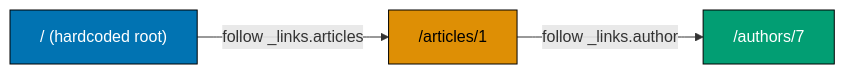
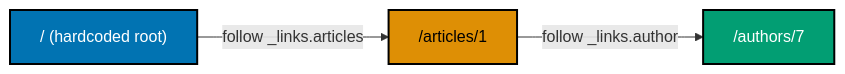
Before and after one commit to wahidyankf/open-sharia-fintech: the ninth of 10 diagrams in apps/ayokoding-www/content/en/learn/courses/api-design/learning/advanced.md, drawn with Mermaid. The commit also changed other lines of this file and 6 other files, not shown here.

````diff
--- a/apps/ayokoding-www/content/en/learn/courses/api-design/learning/advanced.md
+++ b/apps/ayokoding-www/content/en/learn/courses/api-design/learning/advanced.md
@@ -1651,10 +1665,13 @@
 ```mermaid
 %% Color Palette: Blue #0173B2, Orange #DE8F05, Teal #029E73
 graph LR
     A["/ (hardcoded root)"] -->|follow _links.articles| B["/articles/1"]
     B -->|follow _links.author| C["/authors/7"]
 
-    style A fill:#0173B2,stroke:#000,color:#fff
-    style B fill:#DE8F05,stroke:#000,color:#000
-    style C fill:#029E73,stroke:#000,color:#fff
+    classDef blue fill:#0173B2,stroke:#000000,color:#FFFFFF,stroke-width:2px
+    classDef orange fill:#DE8F05,stroke:#000000,color:#000000,stroke-width:2px
+    classDef teal fill:#029E73,stroke:#000000,color:#FFFFFF,stroke-width:2px
+    class A blue
+    class B orange
+    class C teal
 ```
````
